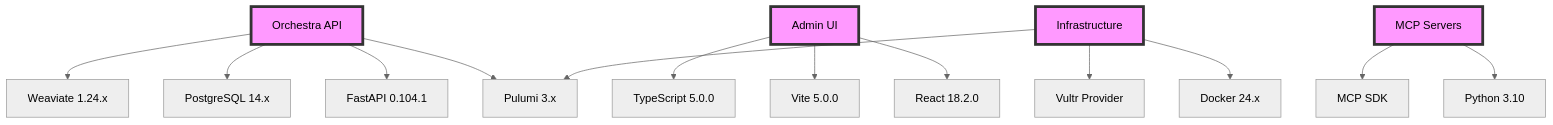
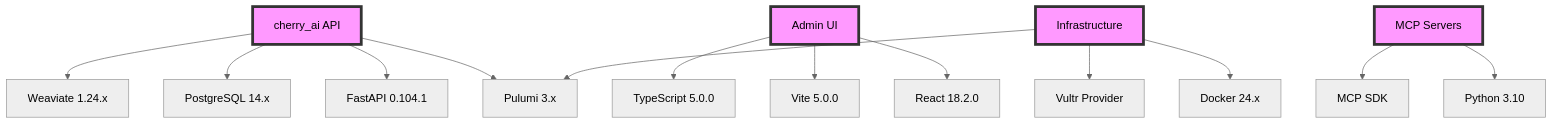
One commit to ai-cherry/orchestra-main changed the diagram in orchestration/version_management_report.md. Above: the diagram before and after it, drawn with Mermaid (neutral theme). The commit also changed other lines of this file and 1542 other files, not shown here.

````diff
--- a/orchestration/version_management_report.md
+++ b/orchestration/version_management_report.md
@@ -116,23 +116,23 @@
 ```mermaid
 graph TD
-    A[Orchestra API] --> B[FastAPI 0.104.1]
+    A[cherry_ai API] --> B[FastAPI 0.104.1]
     A --> C[PostgreSQL 14.x]
     A --> D[Weaviate 1.24.x]
     A --> E[Pulumi 3.x]
     
     F[Admin UI] --> G[React 18.2.0]
     F --> H[Vite 5.0.0]
     F --> I[TypeScript 5.0.0]
     
     J[MCP Servers] --> K[Python 3.10]
     J --> L[MCP SDK]
     
     M[Infrastructure] --> N[Docker 24.x]
     M --> O[Vultr Provider]
     M --> E
     
     style A fill:#f9f,stroke:#333,stroke-width:4px
     style F fill:#f9f,stroke:#333,stroke-width:4px
     style J fill:#f9f,stroke:#333,stroke-width:4px
     style M fill:#f9f,stroke:#333,stroke-width:4px
 ```
````
